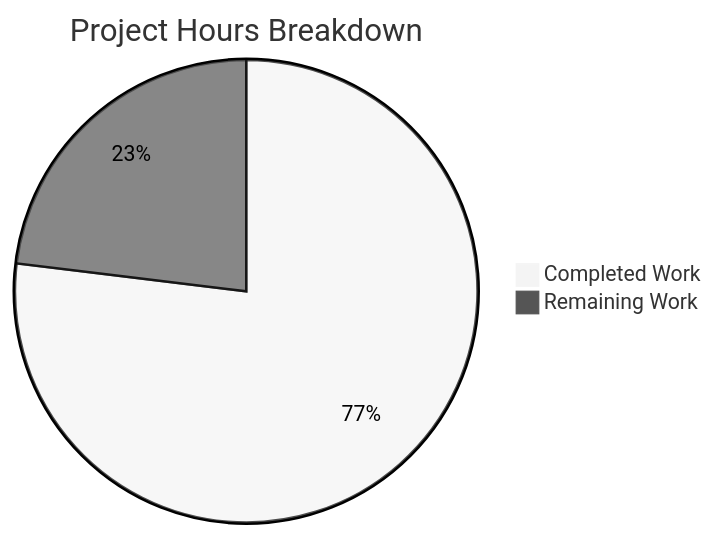
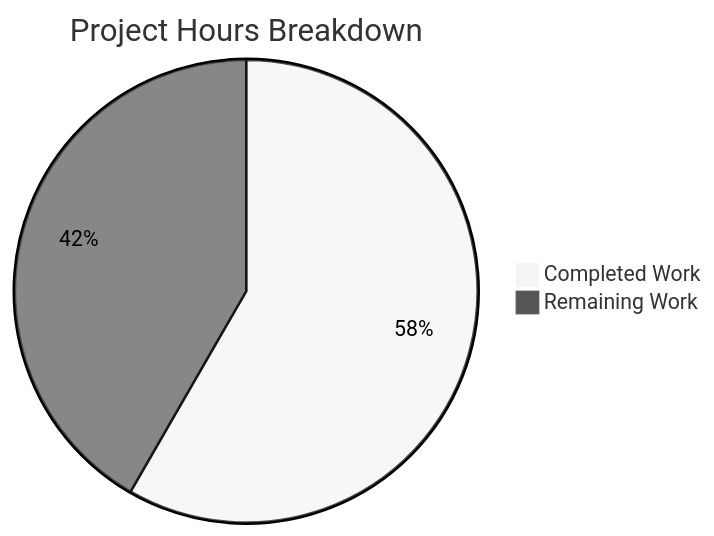
One commit to Sandeep01Kumar/SK-30-JAN changed the diagram in blitzy/documentation/Project Guide.md. Above: the diagram before and after it, drawn with Mermaid (neutral theme). The commit also changed other lines of this file, not shown here.

Commit message:
Adding Blitzy Project Guide: Project Status and Human Tasks Remaining

````diff
--- a/blitzy/documentation/Project Guide.md
+++ b/blitzy/documentation/Project Guide.md
@@ -116,5 +125,5 @@
 ```mermaid
 pie title Project Hours Breakdown
-    "Completed Work" : 10
-    "Remaining Work" : 3
+    "Completed Work" : 14
+    "Remaining Work" : 10
 ```
````
